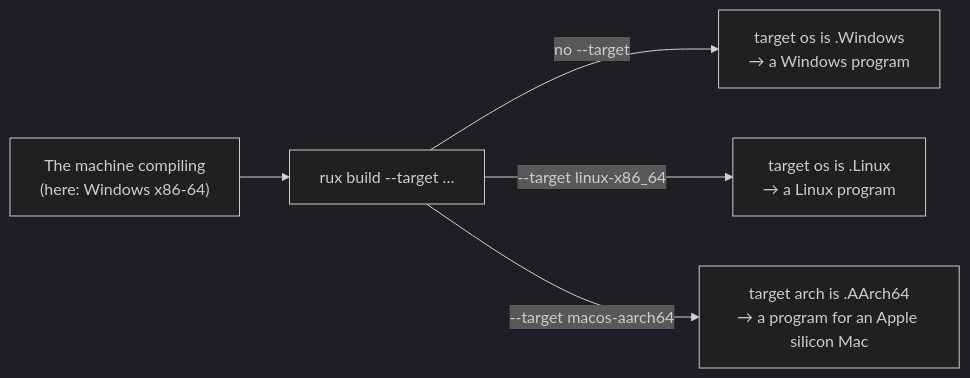
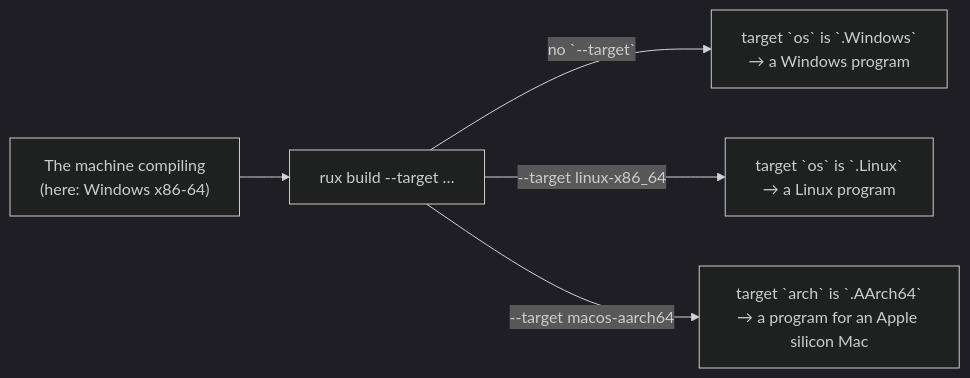
The diagram in content/docs/1.learn/23.compile-time/02.target.md (rux-lang/Web), drawn with Mermaid (dark theme) before and after one commit. The commit also changed 187 other files, not shown here.

First line of the commit message:
Draw the Learn diagrams for phones, with code in the mono face

````diff
--- a/content/docs/1.learn/23.compile-time/02.target.md
+++ b/content/docs/1.learn/23.compile-time/02.target.md
@@ -83,7 +83,7 @@
 ```mermaid
 flowchart LR
-    host["The machine compiling<br/>(here: Windows x86-64)"] --> rux["rux build --target …"]
-    rux -- "no --target" --> w["target os is .Windows<br/>→ a Windows program"]
-    rux -- "--target linux-x86_64" --> l["target os is .Linux<br/>→ a Linux program"]
-    rux -- "--target macos-aarch64" --> m["target arch is .AArch64<br/>→ a program for an Apple silicon Mac"]
+    host["The machine compiling<br/>(here: Windows x86-64)"] --> rux["`rux build --target …`"]
+    rux -- "no `--target`" --> w["target `os` is `.Windows`<br/>→ a Windows program"]
+    rux -- "`--target linux-x86_64`" --> l["target `os` is `.Linux`<br/>→ a Linux program"]
+    rux -- "`--target macos-aarch64`" --> m["target `arch` is `.AArch64`<br/>→ a program for an Apple silicon Mac"]
 ```
````
